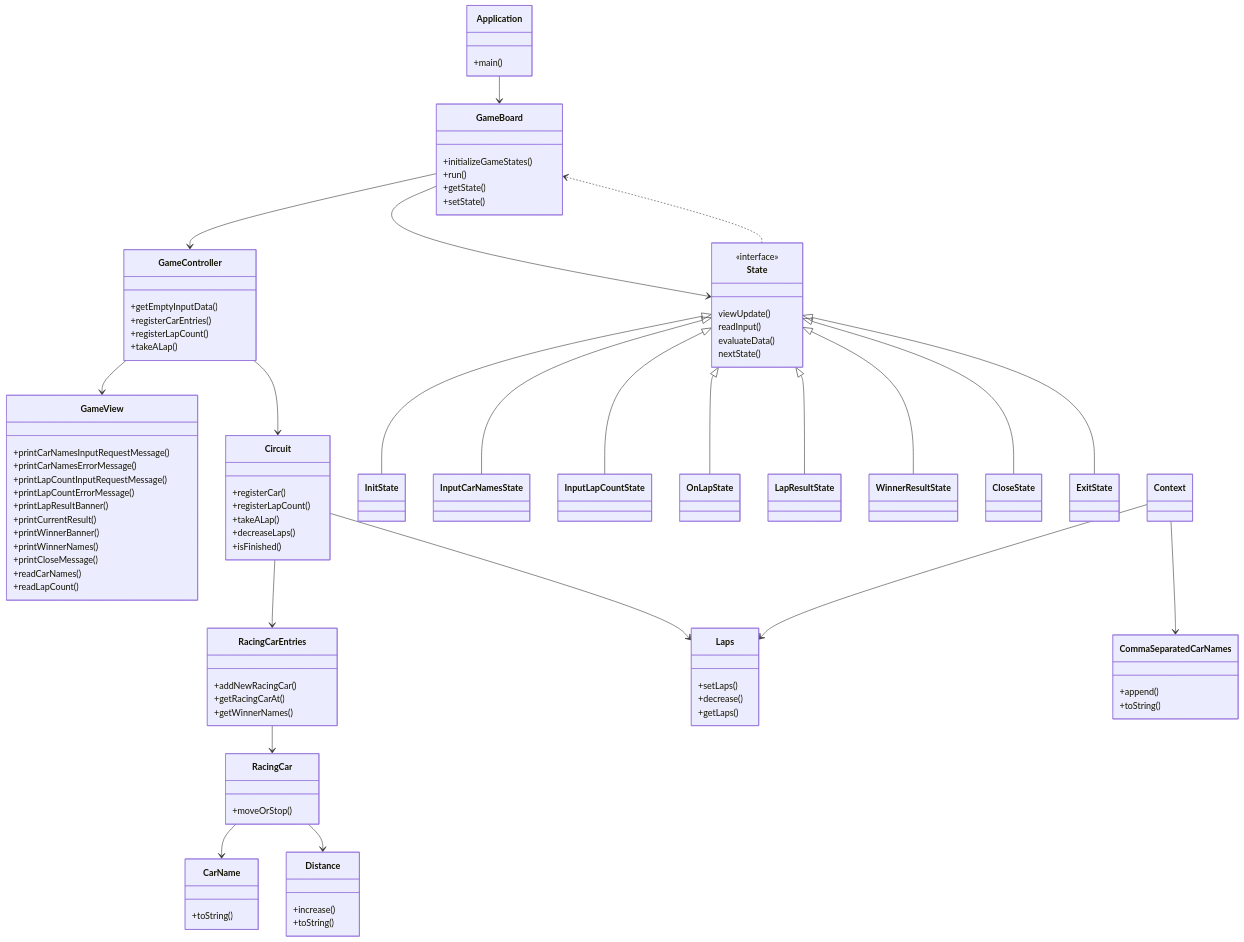
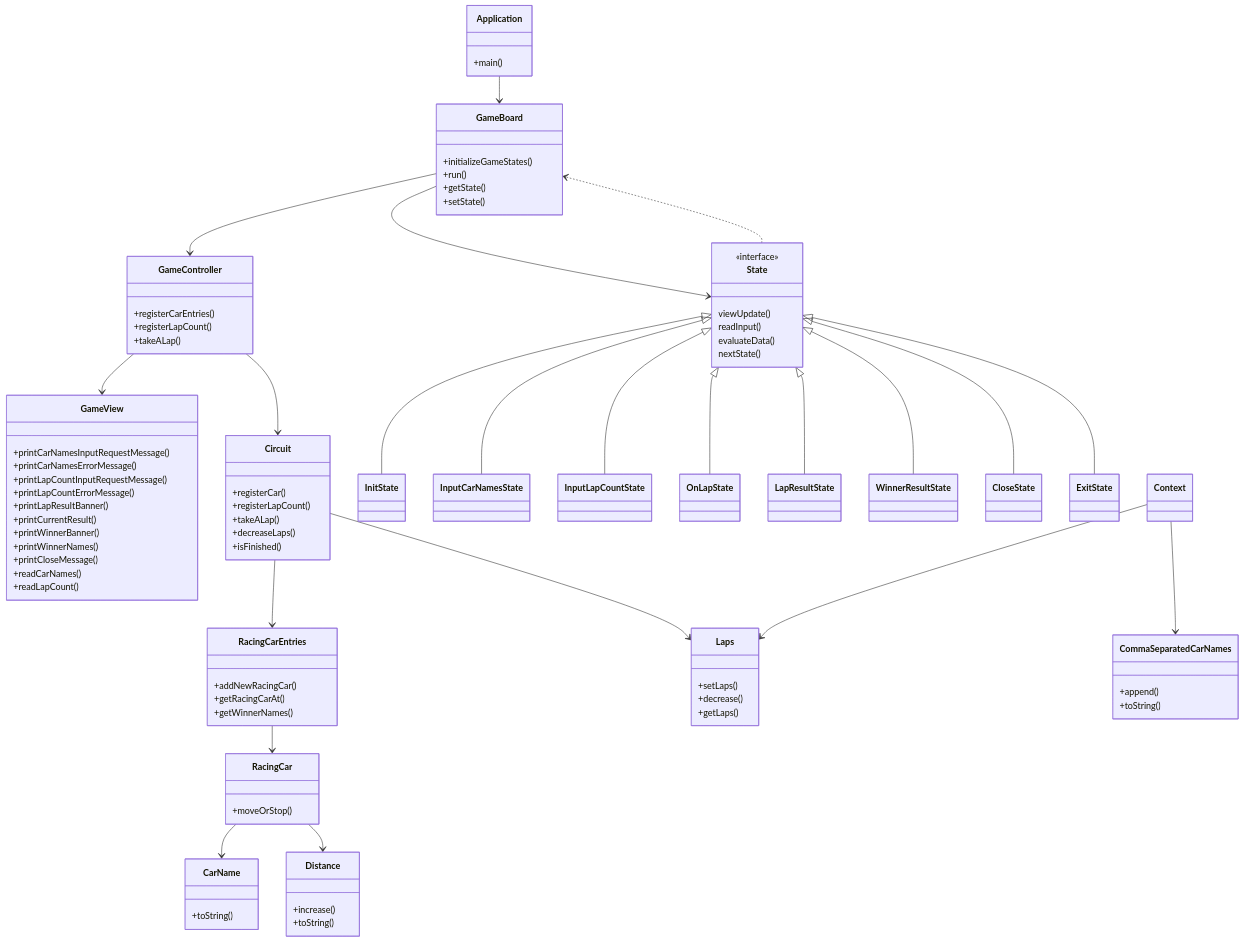
Before and after one commit to digiry/java-racingcar-precourse: the diagram in docs/class_diagram.md, drawn with Mermaid. The commit also changed 2 other files, not shown here.

Commit message:
docs: remove getEmptyInputData

```diff
--- a/docs/class_diagram.md
+++ b/docs/class_diagram.md
@@ -59,8 +59,6 @@
         +setState()
     }
     class GameController {
-        +getEmptyInputData()
-        
         +registerCarEntries()
         +registerLapCount()
 
```
